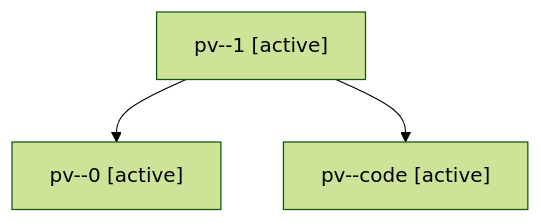
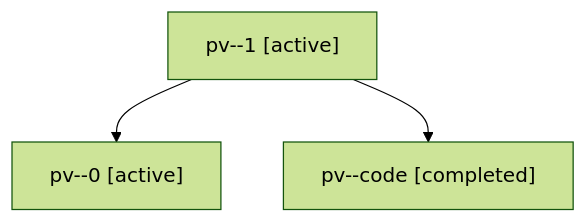
Before and after one commit to bobs-org/bob-cli--agents: the diagram in sessions/bbugyi200.athena.pv.md, drawn with Mermaid (forest theme). The commit also changed other lines of this file and 6 other files, not shown here.

````diff
--- a/sessions/bbugyi200.athena.pv.md
+++ b/sessions/bbugyi200.athena.pv.md
@@ -9,8 +9,8 @@
 ```mermaid
 flowchart TD
   n0["pv--1 [active]"]
   n1["pv--0 [active]"]
   n0 --> n1
-  n2["pv--code [active]"]
+  n2["pv--code [completed]"]
   n0 --> n2
 ```
````
